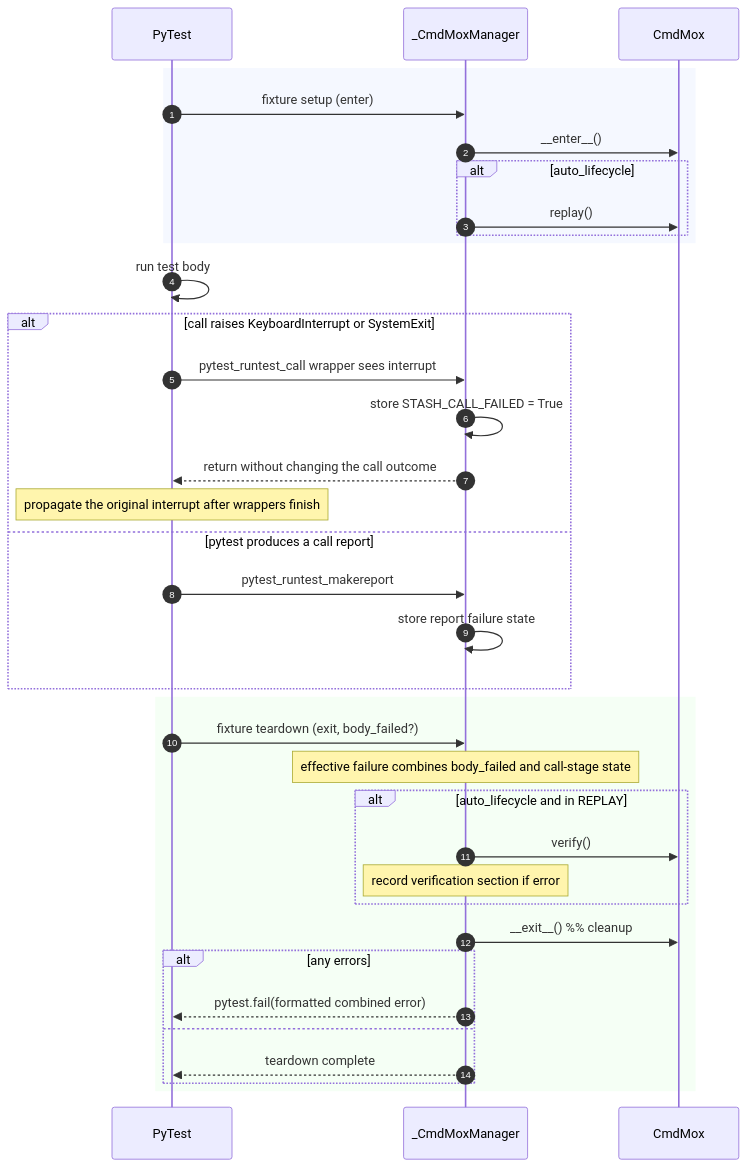
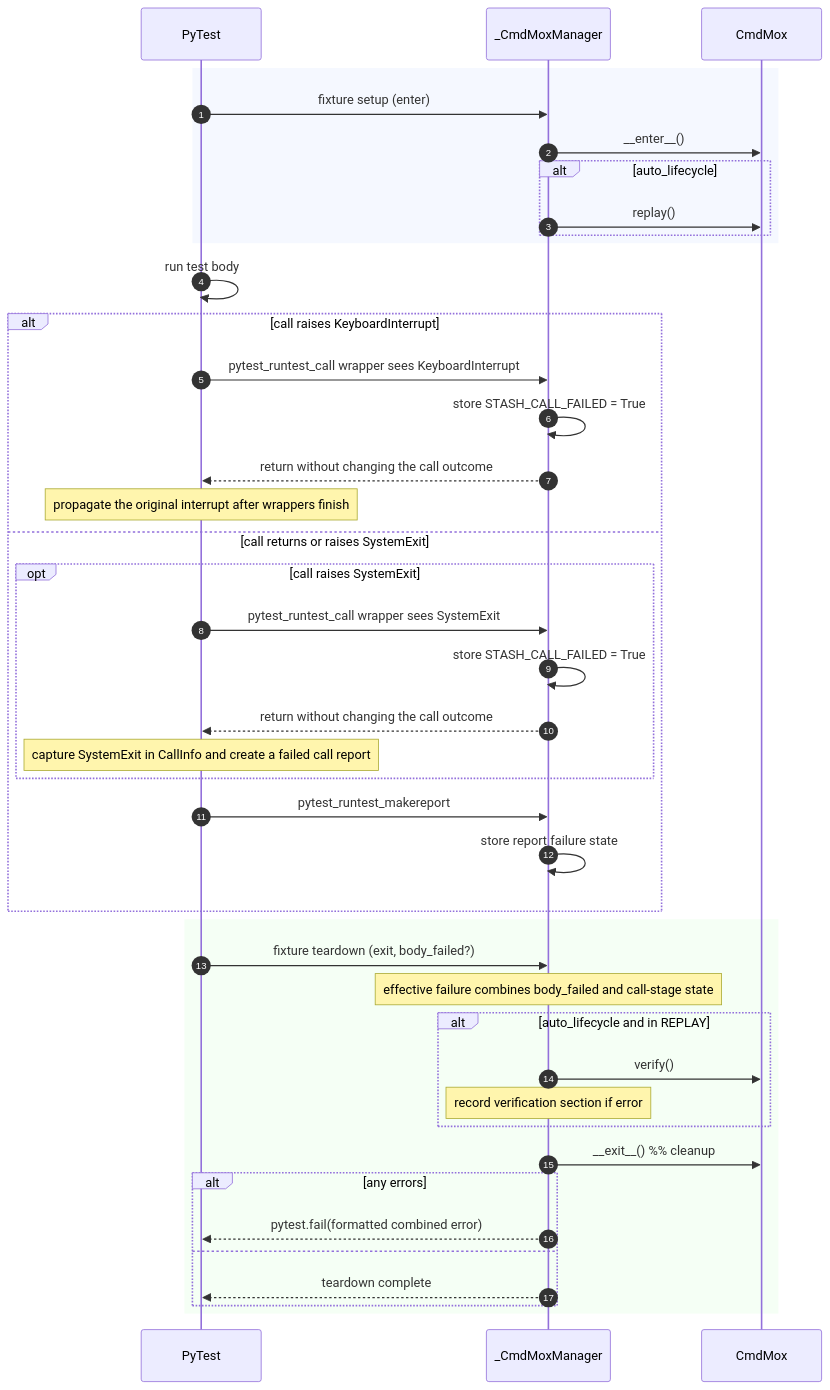
The second of 30 diagrams in docs/python-native-command-mocking-design.md (leynos/cmd-mox), drawn with Mermaid before and after one commit. The commit also changed other lines of this file and 2 other files, not shown here.

Commit message:
Clarify pytest interrupt reporting (#239)
Distinguish pytest's re-raised KeyboardInterrupt from captured
SystemExit call reports in the design diagram. Follow the Python
style guidance for exception matching and Oxford spelling.

````diff
--- a/docs/python-native-command-mocking-design.md
+++ b/docs/python-native-command-mocking-design.md
@@ -399,41 +399,47 @@
 ```mermaid
 sequenceDiagram
   autonumber
   participant PyTest as PyTest
   participant Plugin as _CmdMoxManager
   participant Mox as CmdMox
 
   rect rgb(245,248,255)
     PyTest->>Plugin: fixture setup (enter)
     Plugin->>Mox: __enter__()
     alt auto_lifecycle
       Plugin->>Mox: replay()
     end
   end
 
   PyTest->>PyTest: run test body
-  alt call raises KeyboardInterrupt or SystemExit
-    PyTest->>Plugin: pytest_runtest_call wrapper sees interrupt
+  alt call raises KeyboardInterrupt
+    PyTest->>Plugin: pytest_runtest_call wrapper sees KeyboardInterrupt
     Plugin->>Plugin: store STASH_CALL_FAILED = True
     Plugin-->>PyTest: return without changing the call outcome
     Note over PyTest: propagate the original interrupt after wrappers finish
-  else pytest produces a call report
+  else call returns or raises SystemExit
+    opt call raises SystemExit
+      PyTest->>Plugin: pytest_runtest_call wrapper sees SystemExit
+      Plugin->>Plugin: store STASH_CALL_FAILED = True
+      Plugin-->>PyTest: return without changing the call outcome
+      Note over PyTest: capture SystemExit in CallInfo and create a failed call report
+    end
     PyTest->>Plugin: pytest_runtest_makereport
     Plugin->>Plugin: store report failure state
   end
 
   rect rgb(245,255,245)
     PyTest->>Plugin: fixture teardown (exit, body_failed?)
     Note over Plugin: effective failure combines body_failed and call-stage state
     alt auto_lifecycle and in REPLAY
       Plugin->>Mox: verify()
       note over Plugin: record verification section if error
     end
     Plugin->>Mox: __exit__()  %% cleanup
     alt any errors
       Plugin-->>PyTest: pytest.fail(formatted combined error)
     else
       Plugin-->>PyTest: teardown complete
     end
   end
 ```
````
